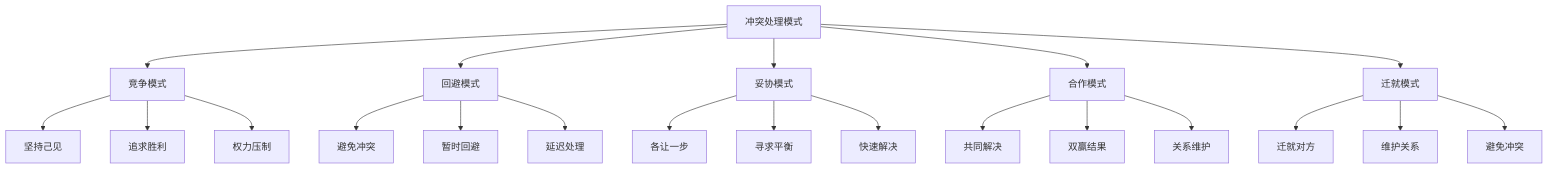
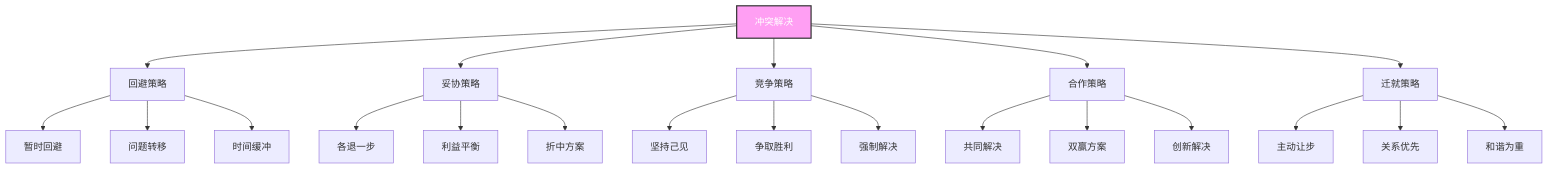
One commit to Anping2017/obsidian changed the sixth of 7 diagrams in 企业领导力/03-能力构建层/核心领导能力/03-沟通协调.md. Above: the diagram before and after it, drawn with Mermaid. The commit also changed other lines of this file and 28 other files, not shown here.

````diff
--- a/企业领导力/03-能力构建层/核心领导能力/03-沟通协调.md
+++ b/企业领导力/03-能力构建层/核心领导能力/03-沟通协调.md
@@ -155,28 +243,30 @@
 ```mermaid
 graph TD
-    A[冲突处理模式] --> B[竞争模式]
-    A --> C[回避模式]
-    A --> D[妥协模式]
-    A --> E[合作模式]
-    A --> F[迁就模式]
+    A[冲突解决] --> B[回避策略]
+    A --> C[妥协策略]
+    A --> D[竞争策略]
+    A --> E[合作策略]
+    A --> F[迁就策略]
     
-    B --> B1[坚持己见]
-    B --> B2[追求胜利]
-    B --> B3[权力压制]
+    B --> B1[暂时回避]
+    B --> B2[问题转移]
+    B --> B3[时间缓冲]
     
-    C --> C1[避免冲突]
-    C --> C2[暂时回避]
-    C --> C3[延迟处理]
+    C --> C1[各退一步]
+    C --> C2[利益平衡]
+    C --> C3[折中方案]
     
-    D --> D1[各让一步]
-    D --> D2[寻求平衡]
-    D --> D3[快速解决]
+    D --> D1[坚持己见]
+    D --> D2[争取胜利]
+    D --> D3[强制解决]
     
     E --> E1[共同解决]
-    E --> E2[双赢结果]
-    E --> E3[关系维护]
+    E --> E2[双赢方案]
+    E --> E3[创新解决]
     
-    F --> F1[迁就对方]
-    F --> F2[维护关系]
-    F --> F3[避免冲突]
+    F --> F1[主动让步]
+    F --> F2[关系优先]
+    F --> F3[和谐为重]
+    
+    style A fill:#ff9ff3,stroke:#333,stroke-width:2px,color:#fff
 ```
````
